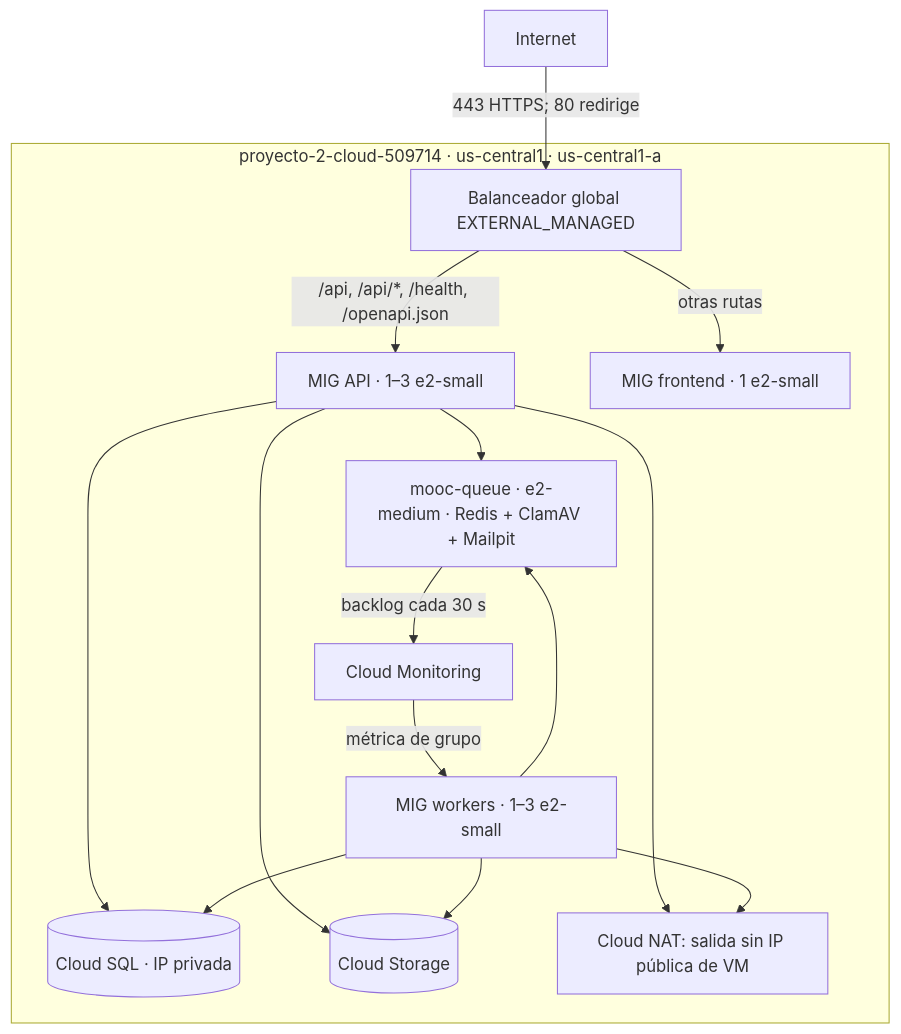
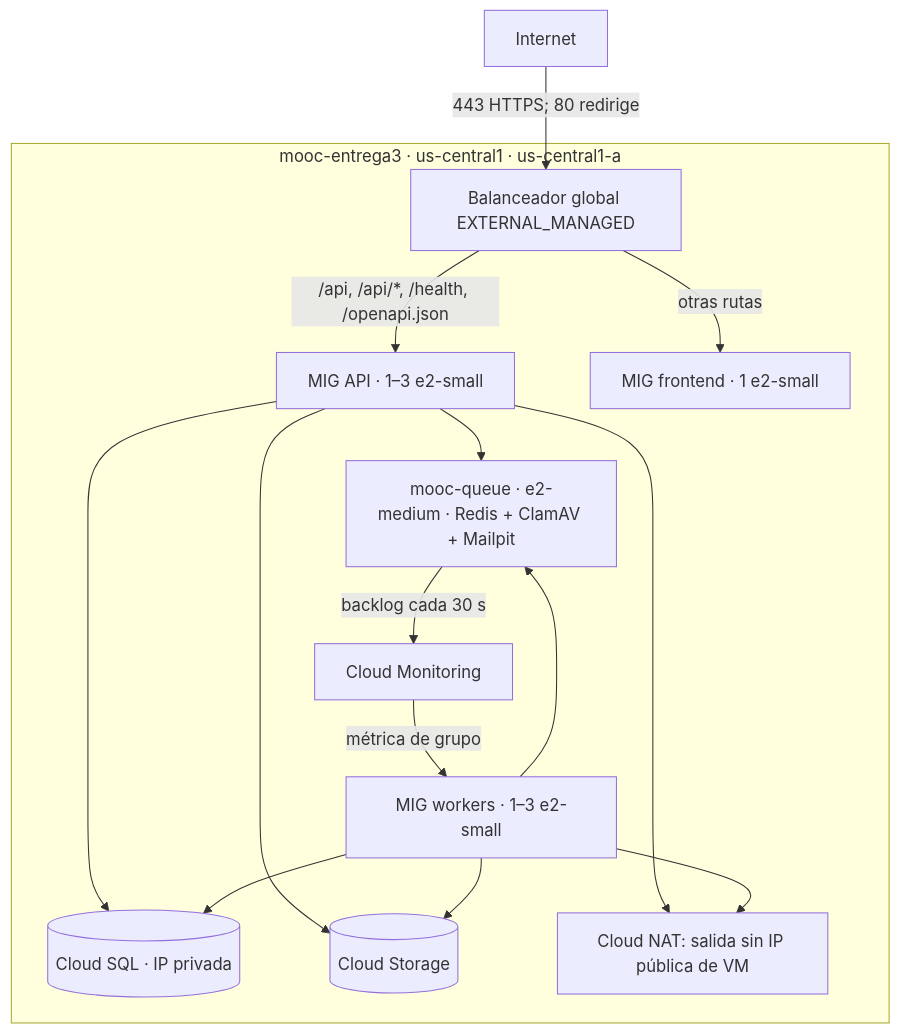
The second of 2 diagrams in docs/entrega3/arquitectura.md (Cloud-Grupo8-202620/Proyecto-MOOC-Cloud), drawn with Mermaid before and after one commit. The commit also changed other lines of this file and 18 other files, not shown here.

First line of the commit message:
Actualiza la documentación al despliegue en mooc-entrega3

````diff
--- a/docs/entrega3/arquitectura.md
+++ b/docs/entrega3/arquitectura.md
@@ -25,18 +25,18 @@
 ```mermaid
 flowchart TB
   Internet -->|443 HTTPS; 80 redirige| LB[Balanceador global EXTERNAL_MANAGED]
-  subgraph GCP[proyecto-2-cloud-509714 · us-central1 · us-central1-a]
+  subgraph GCP[mooc-entrega3 · us-central1 · us-central1-a]
     LB -->|/api, /api/*, /health, /openapi.json| API[MIG API · 1–3 e2-small]
     LB -->|otras rutas| FE[MIG frontend · 1 e2-small]
     API --> Q[mooc-queue · e2-medium · Redis + ClamAV + Mailpit]
     W[MIG workers · 1–3 e2-small] --> Q
     API --> SQL[(Cloud SQL · IP privada)]
     W --> SQL
     API --> OBJ[(Cloud Storage)]
     W --> OBJ
     Q -->|backlog cada 30 s| MON[Cloud Monitoring]
     MON -->|métrica de grupo| W
     API --> NAT[Cloud NAT: salida sin IP pública de VM]
     W --> NAT
   end
 ```
````
